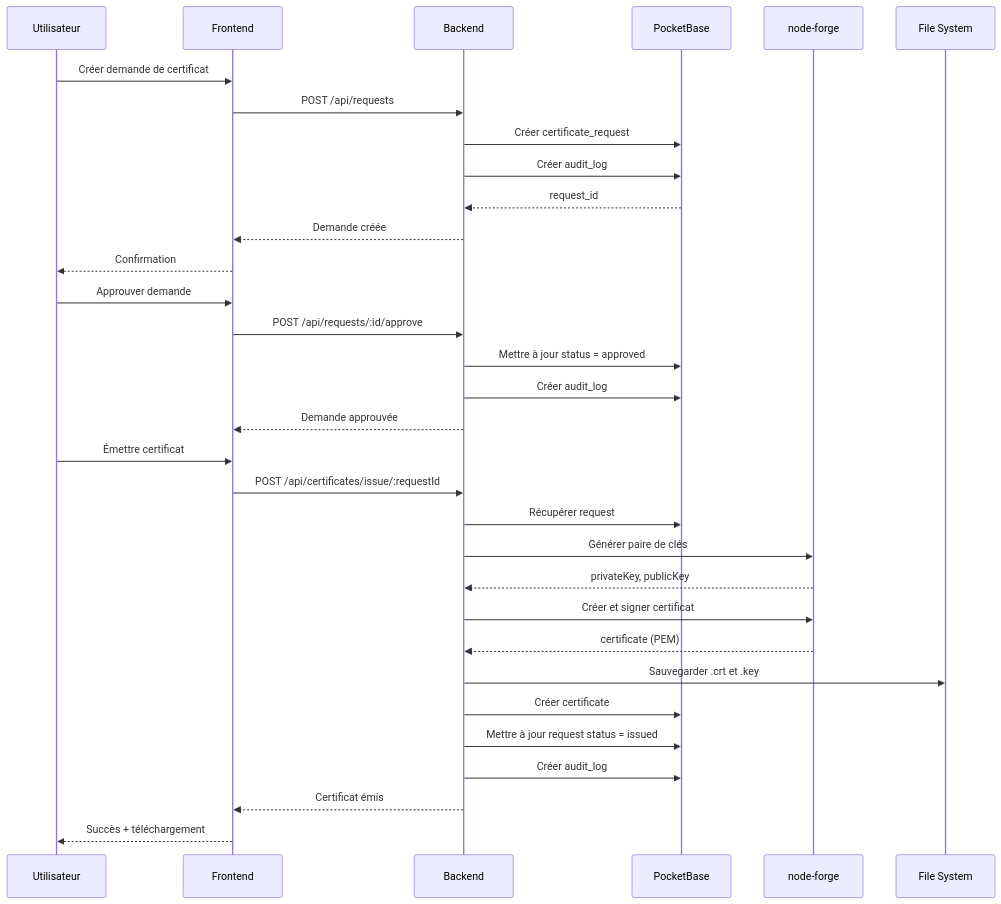
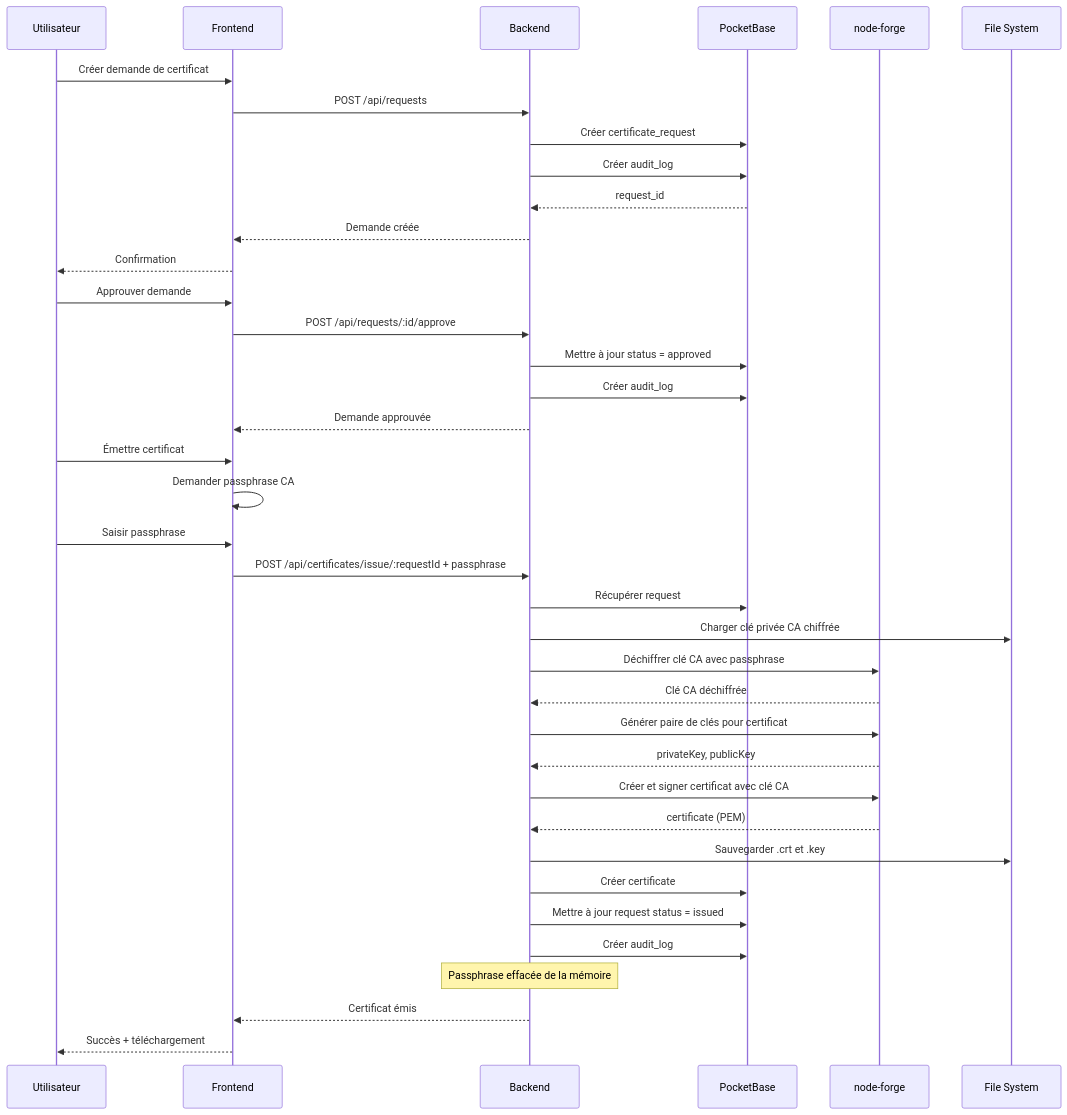
Before and after one commit to RGiacometti/SimpleCertManager: the second of 4 diagrams in plans/ca-management-app-plan.md, drawn with Mermaid. The commit also changed other lines of this file and 2 other files, not shown here.

First line of the commit message:
docs(security): add CA passphrase security model and Docker deployment

````diff
--- a/plans/ca-management-app-plan.md
+++ b/plans/ca-management-app-plan.md
@@ -446,37 +471,43 @@
 ```mermaid
 sequenceDiagram
     participant U as Utilisateur
     participant F as Frontend
     participant B as Backend
     participant DB as PocketBase
     participant NF as node-forge
     participant FS as File System
 
     U->>F: Créer demande de certificat
     F->>B: POST /api/requests
     B->>DB: Créer certificate_request
     B->>DB: Créer audit_log
     DB-->>B: request_id
     B-->>F: Demande créée
     F-->>U: Confirmation
 
     U->>F: Approuver demande
     F->>B: POST /api/requests/:id/approve
     B->>DB: Mettre à jour status = approved
     B->>DB: Créer audit_log
     B-->>F: Demande approuvée
 
     U->>F: Émettre certificat
-    F->>B: POST /api/certificates/issue/:requestId
+    F->>F: Demander passphrase CA
+    U->>F: Saisir passphrase
+    F->>B: POST /api/certificates/issue/:requestId + passphrase
     B->>DB: Récupérer request
-    B->>NF: Générer paire de clés
+    B->>FS: Charger clé privée CA chiffrée
+    B->>NF: Déchiffrer clé CA avec passphrase
+    NF-->>B: Clé CA déchiffrée
+    B->>NF: Générer paire de clés pour certificat
     NF-->>B: privateKey, publicKey
-    B->>NF: Créer et signer certificat
+    B->>NF: Créer et signer certificat avec clé CA
     NF-->>B: certificate (PEM)
     B->>FS: Sauvegarder .crt et .key
     B->>DB: Créer certificate
     B->>DB: Mettre à jour request status = issued
     B->>DB: Créer audit_log
+    Note over B: Passphrase effacée de la mémoire
     B-->>F: Certificat émis
     F-->>U: Succès + téléchargement
 ```
````
